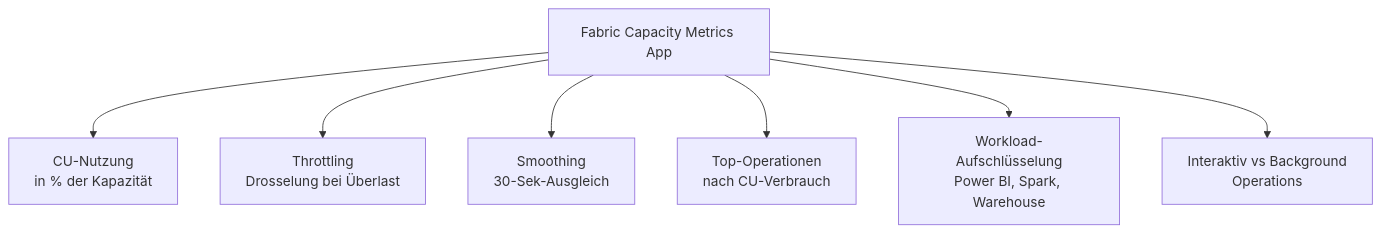
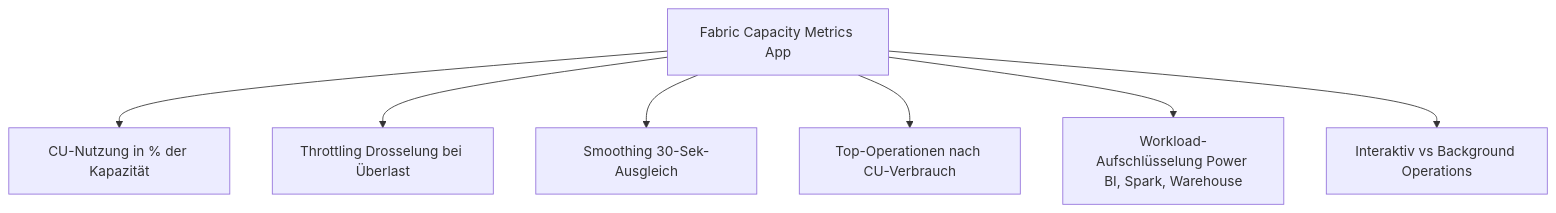
One commit to SoniiiT/notes-n-docs changed the second of 6 diagrams in Microsoft 365/Azure/Fabric/Fabric Administration.md. Above: the diagram before and after it, drawn with Mermaid. The commit also changed other lines of this file and 124 other files, not shown here.

First line of the commit message:
fix: Entferne \n aus allen Mermaid-Diagrammen (125 Dateien)

````diff
--- a/Microsoft 365/Azure/Fabric/Fabric Administration.md
+++ b/Microsoft 365/Azure/Fabric/Fabric Administration.md
@@ -207,9 +207,9 @@
 ```mermaid
 graph TD
-    A[Fabric Capacity Metrics App] --> B[CU-Nutzung\nin % der Kapazität]
-    A --> C[Throttling\nDrosselung bei Überlast]
-    A --> D[Smoothing\n30-Sek-Ausgleich]
-    A --> E[Top-Operationen\nnach CU-Verbrauch]
-    A --> F[Workload-Aufschlüsselung\nPower BI, Spark, Warehouse]
-    A --> G[Interaktiv vs Background\nOperations]
+    A[Fabric Capacity Metrics App] --> B[CU-Nutzung in % der Kapazität]
+    A --> C[Throttling Drosselung bei Überlast]
+    A --> D[Smoothing 30-Sek-Ausgleich]
+    A --> E[Top-Operationen nach CU-Verbrauch]
+    A --> F[Workload-Aufschlüsselung Power BI, Spark, Warehouse]
+    A --> G[Interaktiv vs Background Operations]
 ```
````
